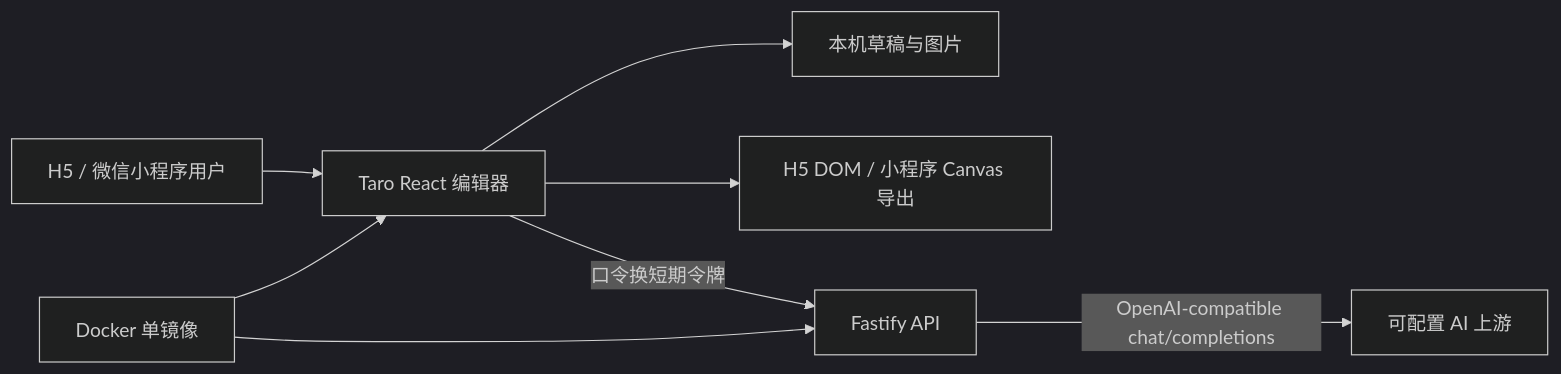
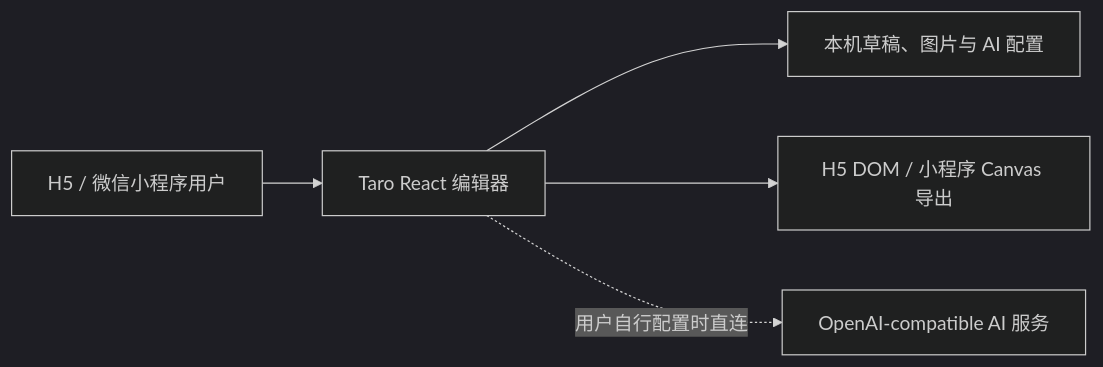
Before and after one commit to eason-zhang-ai/wejizan: the diagram in docs/ARCHITECTURE.md, drawn with Mermaid (dark theme). The commit also changed other lines of this file and 25 other files, not shown here.

````diff
--- a/docs/ARCHITECTURE.md
+++ b/docs/ARCHITECTURE.md
@@ -5,10 +5,7 @@
 ```mermaid
 flowchart LR
   U["H5 / 微信小程序用户"] --> C["Taro React 编辑器"]
-  C --> S["本机草稿与图片"]
+  C --> S["本机草稿、图片与 AI 配置"]
   C --> X["H5 DOM / 小程序 Canvas 导出"]
-  C -->|"口令换短期令牌"| A["Fastify API"]
-  A -->|"OpenAI-compatible chat/completions"| M["可配置 AI 上游"]
-  D["Docker 单镜像"] --> C
-  D --> A
+  C -. "用户自行配置时直连" .-> M["OpenAI-compatible AI 服务"]
 ```
````
